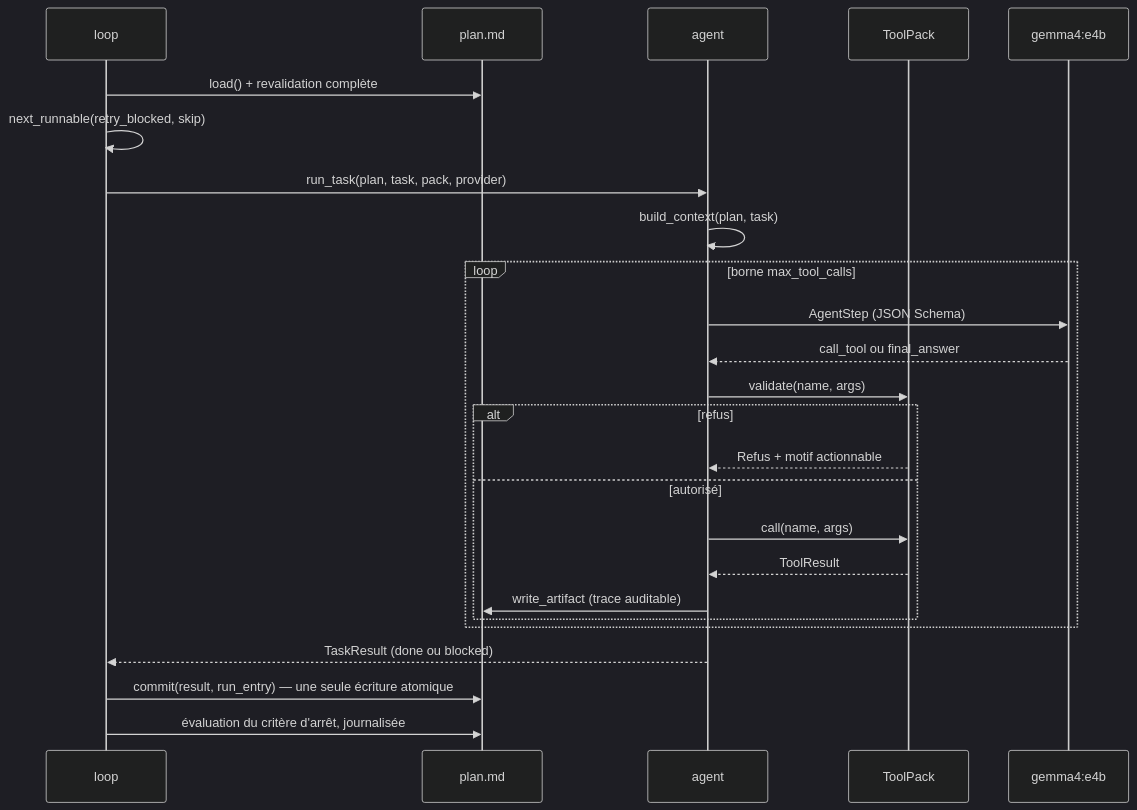
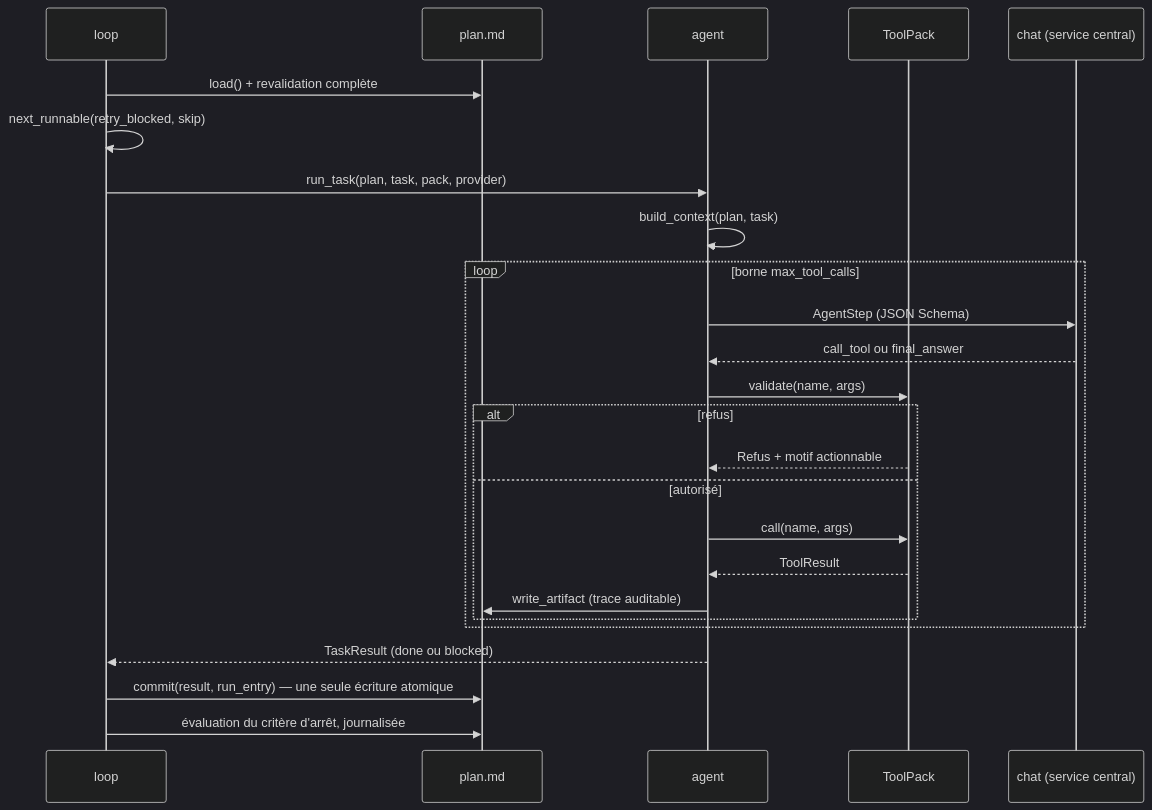
The second of 2 diagrams in docs/ARCHITECTURE.md (floSa/Traceable-Agent), drawn with Mermaid (dark theme) before and after one commit. The commit also changed other lines of this file and 2 other files, not shown here.

Commit message:
docs: documenter le branchement sur le service LLM central
README, CADRAGE et ARCHITECTURE ne mentionnent plus Ollama/gemma4:e4b
comme backend de ce projet : adresse, nom de modele "chat" (Qwen3.5),
serveur llama.cpp derriere LiteLLM. Les mesures historiques faites avec
gemma4:e4b (D-6 a D-9, section dediee du README, taux de blocage) sont
conservees telles quelles : ce sont des faits mesures sur ce modele, pas
une description de la configuration actuelle. Nouvelle note README
documentant les deux ecarts constates avec le service central
(reasoning_content, reflexion a couper) et le premier run reussi.

````diff
--- a/docs/ARCHITECTURE.md
+++ b/docs/ARCHITECTURE.md
@@ -119,28 +119,28 @@
 ```mermaid
 sequenceDiagram
     participant L as loop
     participant F as plan.md
     participant A as agent
     participant P as ToolPack
-    participant M as gemma4:e4b
+    participant M as chat (service central)
 
     L->>F: load() + revalidation complète
     L->>L: next_runnable(retry_blocked, skip)
     L->>A: run_task(plan, task, pack, provider)
     A->>A: build_context(plan, task)
     loop borne max_tool_calls
         A->>M: AgentStep (JSON Schema)
         M-->>A: call_tool ou final_answer
         A->>P: validate(name, args)
         alt refus
             P-->>A: Refus + motif actionnable
         else autorisé
             A->>P: call(name, args)
             P-->>A: ToolResult
             A->>F: write_artifact (trace auditable)
         end
     end
     A-->>L: TaskResult (done ou blocked)
     L->>F: commit(result, run_entry) — une seule écriture atomique
     L->>F: évaluation du critère d'arrêt, journalisée
 ```
````
